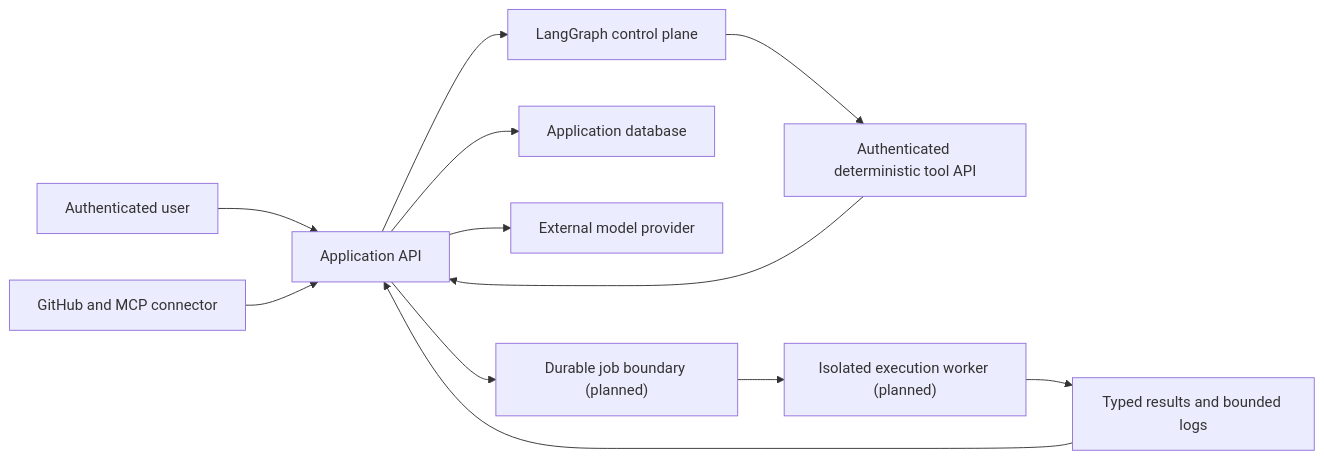
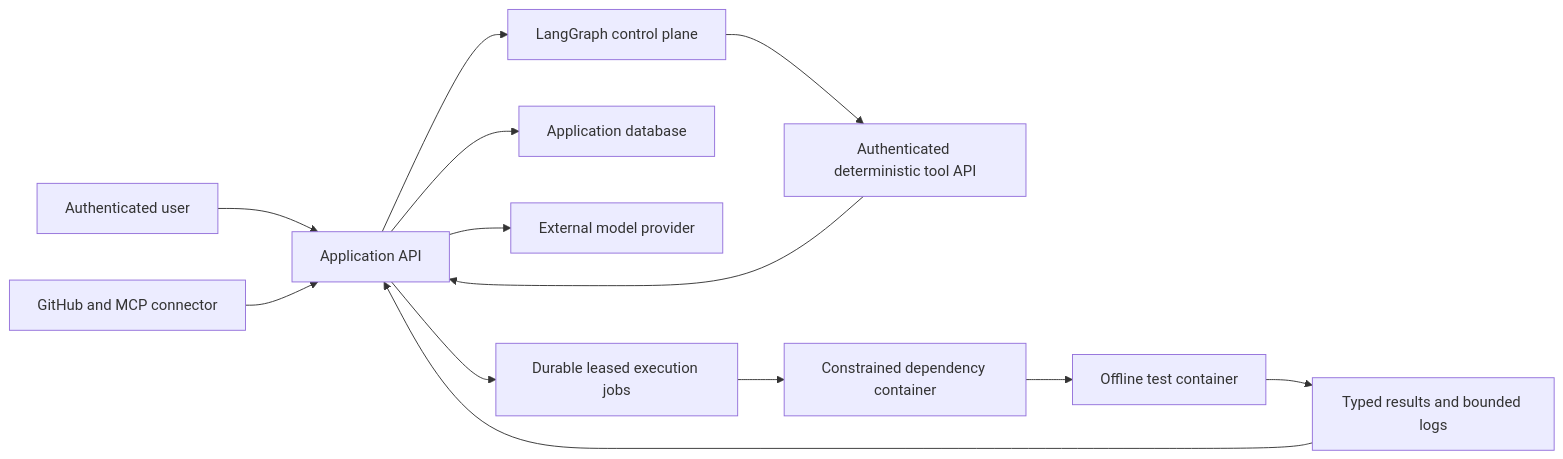
The diagram in docs/THREAT_MODEL.md (adipise5/TestPilot-), drawn with Mermaid before and after one commit. The commit also changed other lines of this file and 87 other files, not shown here.

````diff
--- a/docs/THREAT_MODEL.md
+++ b/docs/THREAT_MODEL.md
@@ -15,14 +15,15 @@
 ```mermaid
 flowchart LR
     USER["Authenticated user"] --> API["Application API"]
     GH["GitHub and MCP connector"] --> API
     API --> GRAPH["LangGraph control plane"]
     GRAPH --> TOOLS["Authenticated deterministic tool API"]
     TOOLS --> API
     API --> DB["Application database"]
     API --> MODEL["External model provider"]
-    API --> QUEUE["Durable job boundary (planned)"]
-    QUEUE --> WORKER["Isolated execution worker (planned)"]
-    WORKER --> OUT["Typed results and bounded logs"]
+    API --> QUEUE["Durable leased execution jobs"]
+    QUEUE --> WORKER["Constrained dependency container"]
+    WORKER --> OFFLINE["Offline test container"]
+    OFFLINE --> OUT["Typed results and bounded logs"]
     OUT --> API
 ```
````
